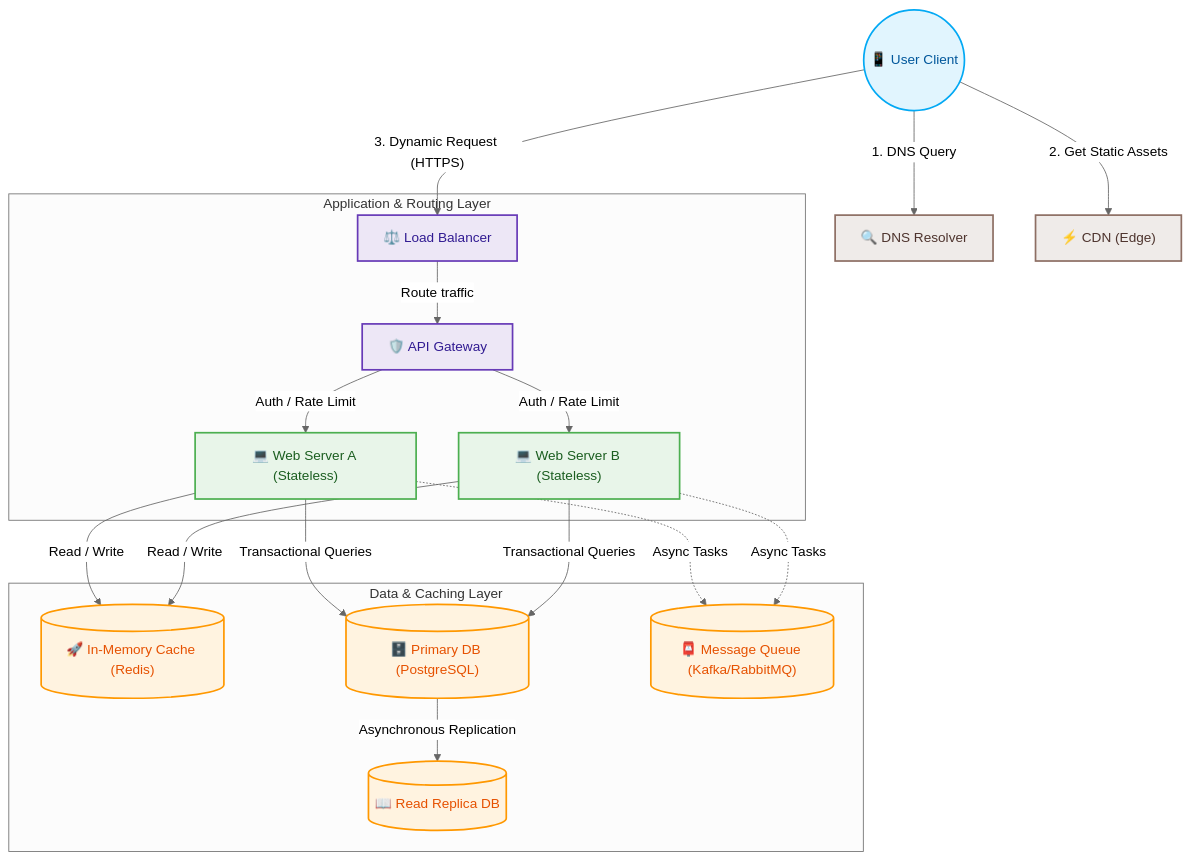
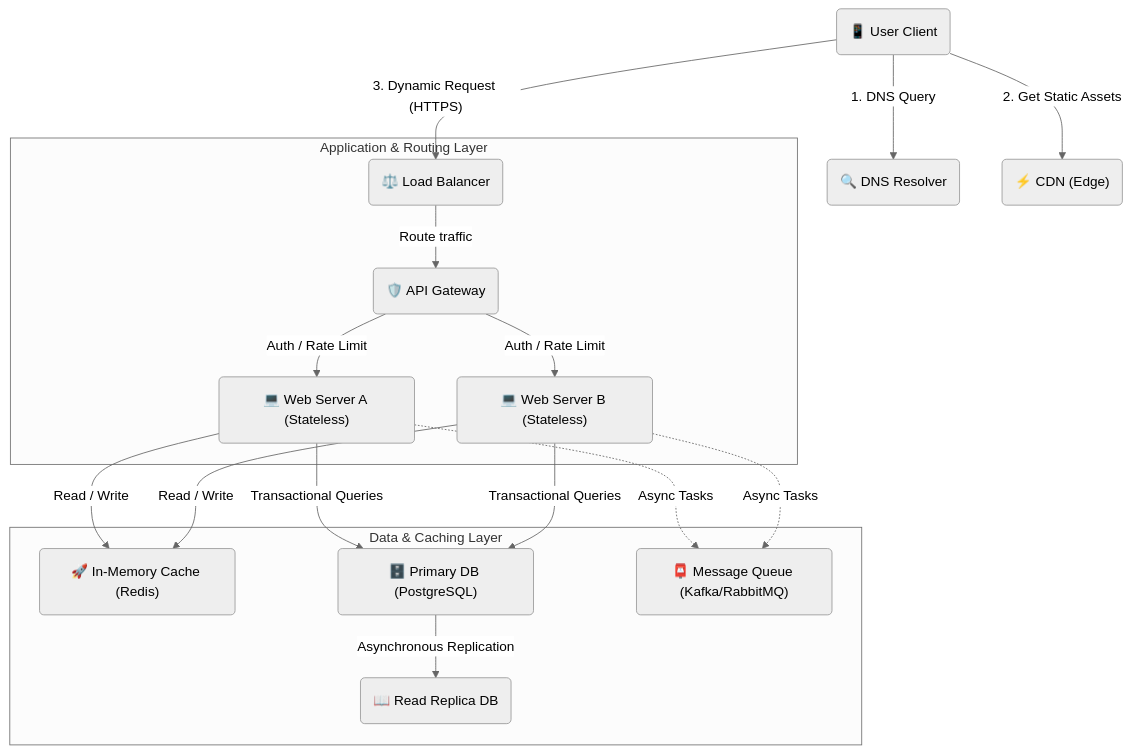
Before and after one commit to PKRacha/system-design: the diagram in basics/README.md, drawn with Mermaid (neutral theme). The commit also changed 4 other files, not shown here.

Commit message:
docs: standardize all mermaid diagrams with curvy corners and default color styling

````diff
--- a/basics/README.md
+++ b/basics/README.md
@@ -13,34 +13,19 @@
 ```mermaid
 graph TD
-    %% Define Styles
-    classDef client fill:#e1f5fe,stroke:#03a9f4,stroke-width:2px,color:#01579b;
-    classDef routing fill:#efebe9,stroke:#8d6e63,stroke-width:2px,color:#4e342e;
-    classDef lb fill:#ede7f6,stroke:#673ab7,stroke-width:2px,color:#311b92;
-    classDef app fill:#e8f5e9,stroke:#4caf50,stroke-width:2px,color:#1b5e20;
-    classDef data fill:#fff3e0,stroke:#ff9800,stroke-width:2px,color:#e65100;
-    
-    %% Nodes
-    User(("📱 User Client")) -->|1. DNS Query| DNS["🔍 DNS Resolver"]
-    User -->|2. Get Static Assets| CDN["⚡ CDN (Edge)"]
-    User -->|"3. Dynamic Request (HTTPS)"| LB["⚖️ Load Balancer"]
+    User("📱 User Client") -->|1. DNS Query| DNS("🔍 DNS Resolver")
+    User -->|2. Get Static Assets| CDN("⚡ CDN (Edge)")
+    User -->|"3. Dynamic Request (HTTPS)"| LB("⚖️ Load Balancer")
     
     subgraph App_Layer ["Application & Routing Layer"]
-        LB -->|Route traffic| GW["🛡️ API Gateway"]
-        GW -->|Auth / Rate Limit| S1["💻 Web Server A (Stateless)"]
-        GW -->|Auth / Rate Limit| S2["💻 Web Server B (Stateless)"]
+        LB -->|Route traffic| GW("🛡️ API Gateway")
+        GW -->|Auth / Rate Limit| S1("💻 Web Server A (Stateless)")
+        GW -->|Auth / Rate Limit| S2("💻 Web Server B (Stateless)")
     end
     
     subgraph Data_Layer ["Data & Caching Layer"]
-        S1 & S2 -->|Read / Write| Cache[("🚀 In-Memory Cache (Redis)")]
-        S1 & S2 -->|Transactional Queries| PrimaryDB[("🗄️ Primary DB (PostgreSQL)")]
-        PrimaryDB -->|Asynchronous Replication| ReplicaDB[("📖 Read Replica DB")]
-        S1 & S2 -.->|Async Tasks| MQ[("📮 Message Queue (Kafka/RabbitMQ)")]
+        S1 & S2 -->|Read / Write| Cache("🚀 In-Memory Cache (Redis)")
+        S1 & S2 -->|Transactional Queries| PrimaryDB("🗄️ Primary DB (PostgreSQL)")
+        PrimaryDB -->|Asynchronous Replication| ReplicaDB("📖 Read Replica DB")
+        S1 & S2 -.->|Async Tasks| MQ("📮 Message Queue (Kafka/RabbitMQ)")
     end
-    
-    %% Style Assignments
-    class User client;
-    class DNS,CDN routing;
-    class LB,GW lb;
-    class S1,S2 app;
-    class Cache,PrimaryDB,ReplicaDB,MQ data;
 ```
````
